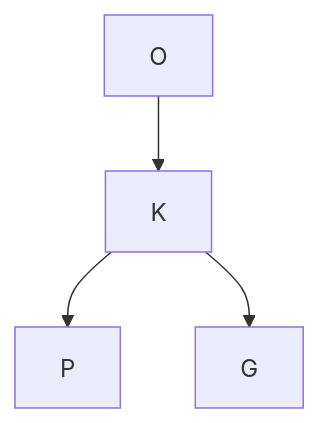
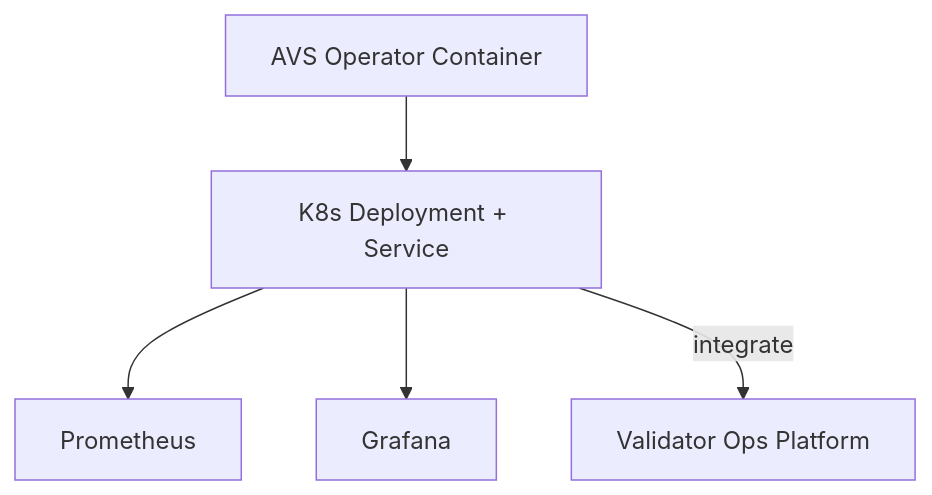
One commit to blockmalhotra/platform-avs-infrastructure changed the diagram in diagrams/avs-architecture.mmd. Above: the diagram before and after it, drawn with Mermaid. The commit also changed 1 other file, not shown here.

Commit message:
docs: professionalize README to global portfolio standard (hero, badges, exact sections order, mermaid, grouped screenshot gallery from existing pngs only, split roadmap Completed/In Progress/Planned, Lessons Learned, recruiter 15s clarity). Consistency v0.1.0-in-progress. Evidence only from repo files. No placeholders/TODOs/broken.

```diff
--- a/diagrams/avs-architecture.mmd
+++ b/diagrams/avs-architecture.mmd
@@ -1,4 +1,5 @@
 graph TD
-    O --> K
-    K --> P
-    K --> G
+    O[AVS Operator Container] --> K[K8s Deployment + Service]
+    K --> P[Prometheus]
+    K --> G[Grafana]
+    K -->|integrate| V[Validator Ops Platform]
```
